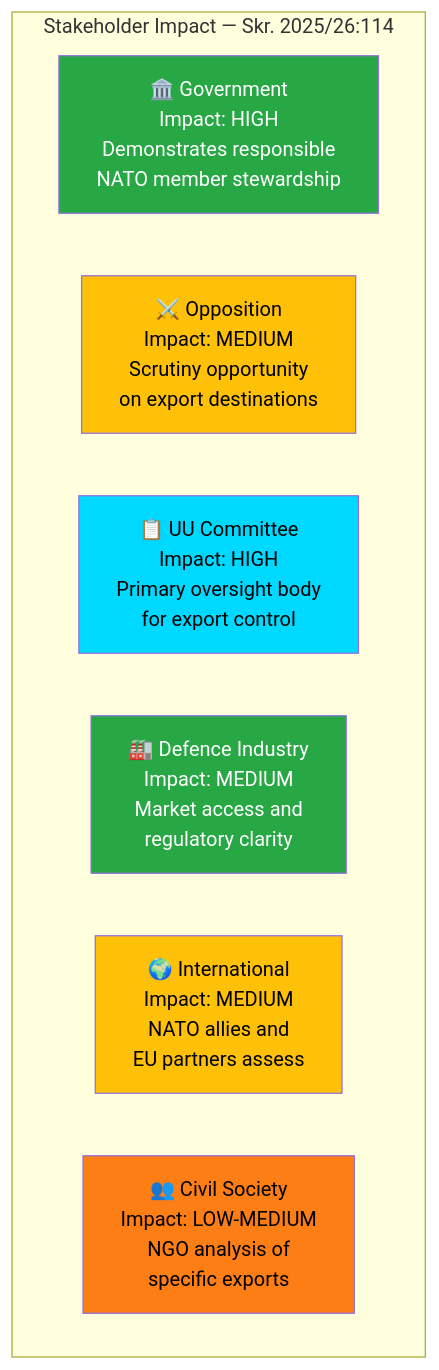
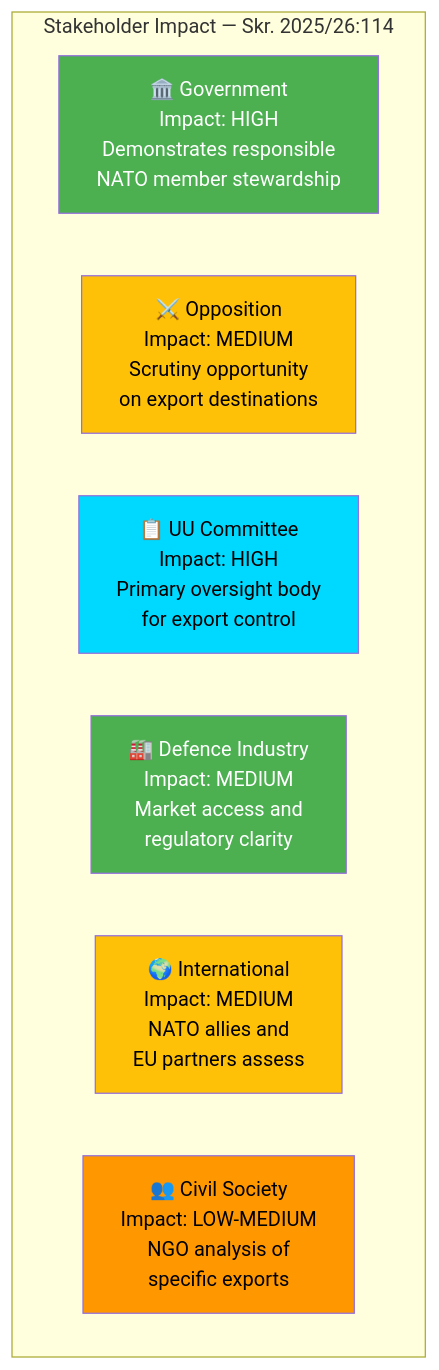
Before and after one commit to Hack23/riksdagsmonitor: the diagram in analysis/daily/2026-04-08/propositions/stakeholder-perspectives.md, drawn with Mermaid. The commit also changed 785 other files, not shown here.

First line of the commit message:
Normalize mermaid colors across 786 analysis artifacts to ISMS Style Guide palette

````diff
--- a/analysis/daily/2026-04-08/propositions/stakeholder-perspectives.md
+++ b/analysis/daily/2026-04-08/propositions/stakeholder-perspectives.md
@@ -15,18 +15,18 @@
 ```mermaid
 graph TD
     subgraph "Stakeholder Impact — Skr. 2025/26:114"
         direction LR
         GOV["🏛️ Government<br/>Impact: HIGH<br/>Demonstrates responsible<br/>NATO member stewardship"]
         OPP["⚔️ Opposition<br/>Impact: MEDIUM<br/>Scrutiny opportunity<br/>on export destinations"]
         COM["📋 UU Committee<br/>Impact: HIGH<br/>Primary oversight body<br/>for export control"]
         IND["🏭 Defence Industry<br/>Impact: MEDIUM<br/>Market access and<br/>regulatory clarity"]
         INT["🌍 International<br/>Impact: MEDIUM<br/>NATO allies and<br/>EU partners assess"]
         CIV["👥 Civil Society<br/>Impact: LOW-MEDIUM<br/>NGO analysis of<br/>specific exports"]
     end
-    style GOV fill:#28a745,color:#fff
-    style OPP fill:#ffc107,color:#000
-    style COM fill:#00d9ff,color:#000
-    style IND fill:#28a745,color:#fff
-    style INT fill:#ffc107,color:#000
-    style CIV fill:#fd7e14,color:#000
+    style GOV fill:#4CAF50,color:#FFFFFF
+    style OPP fill:#FFC107,color:#000000
+    style COM fill:#00d9ff,color:#000000
+    style IND fill:#4CAF50,color:#FFFFFF
+    style INT fill:#FFC107,color:#000000
+    style CIV fill:#FF9800,color:#000000
 ```
````
